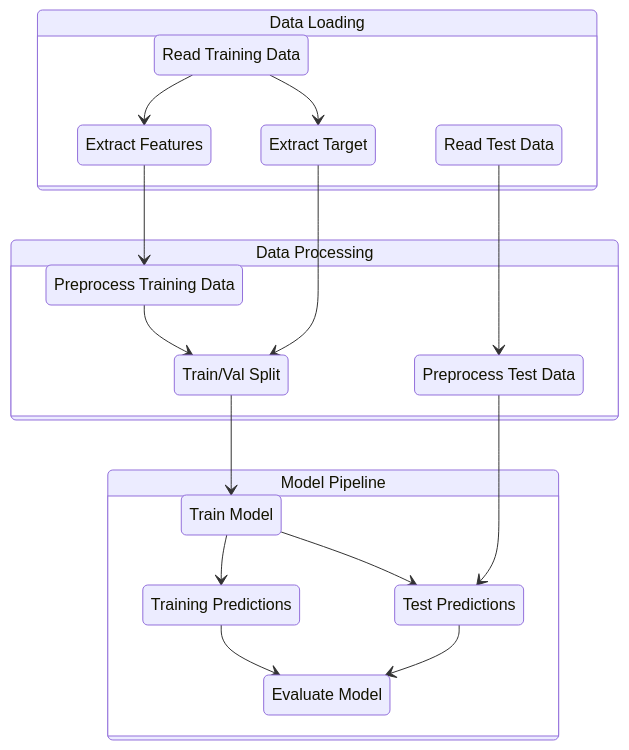
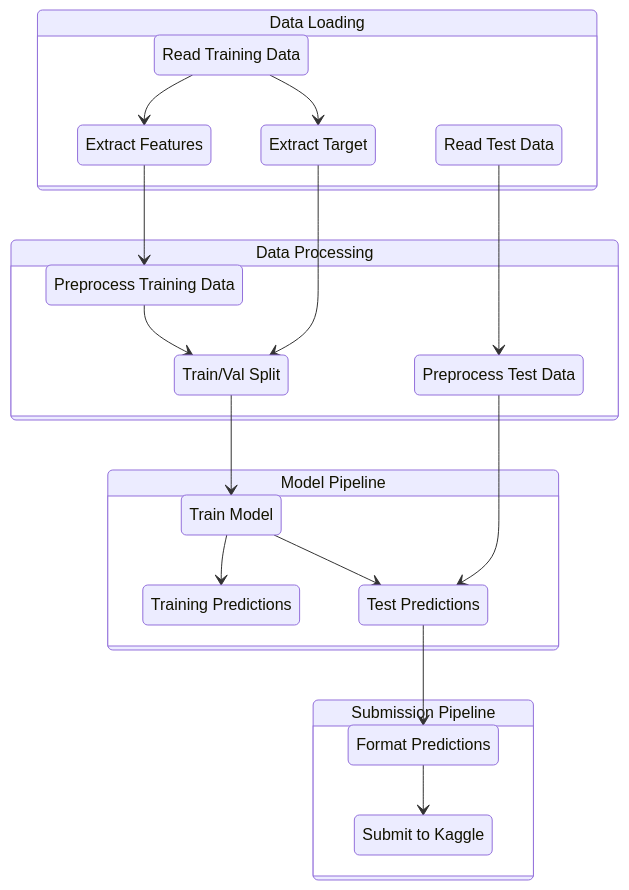
Before and after one commit to Srushanth/Binary-Classification-with-a-Bank-Dataset: the diagram in README.md, drawn with Mermaid.

Commit message:
Added new step

````diff
--- a/README.md
+++ b/README.md
@@ -4,39 +4,45 @@
 ```mermaid
 stateDiagram-v2
     %% Data Loading States
     state "Data Loading" as dl {
         r_train_d: Read Training Data
         r_test_d: Read Test Data
         gf: Extract Features
         gt: Extract Target
     }
 
     %% Data Processing States
     state "Data Processing" as dp {
         ppd1: Preprocess Training Data
         ppd2: Preprocess Test Data
         sd: Train/Val Split
     }
 
     %% Model States
     state "Model Pipeline" as mp {
         t_ml_m: Train Model
         mp1: Training Predictions
         mp2: Test Predictions
-        em: Evaluate Model
+    }
+
+    %% Submission States
+    state "Submission Pipeline" as sp {
+        fp: Format Predictions
+        ks: Submit to Kaggle
     }
 
     %% Flow
     r_train_d --> gf
     r_train_d --> gt
     gf --> ppd1
     ppd1 --> sd
     gt --> sd
     sd --> t_ml_m
     t_ml_m --> mp1
-    mp1 --> em
     r_test_d --> ppd2
     t_ml_m --> mp2
     ppd2 --> mp2
-    mp2 --> em
+    mp2 --> fp
+    fp --> ks
+
 ```
````
